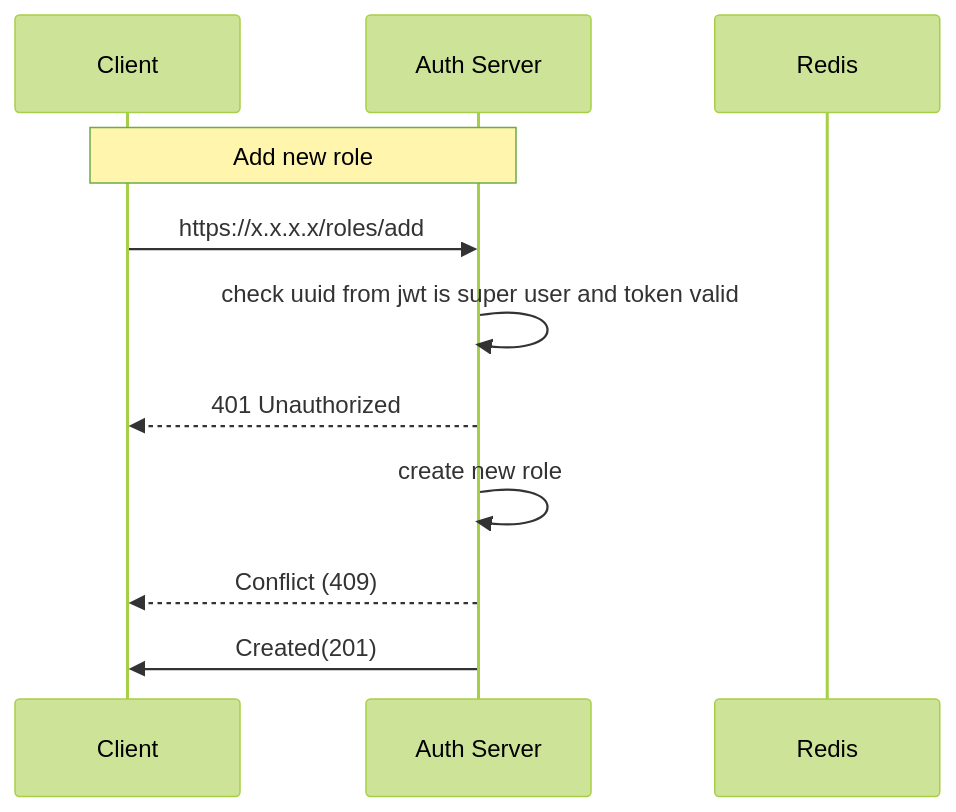
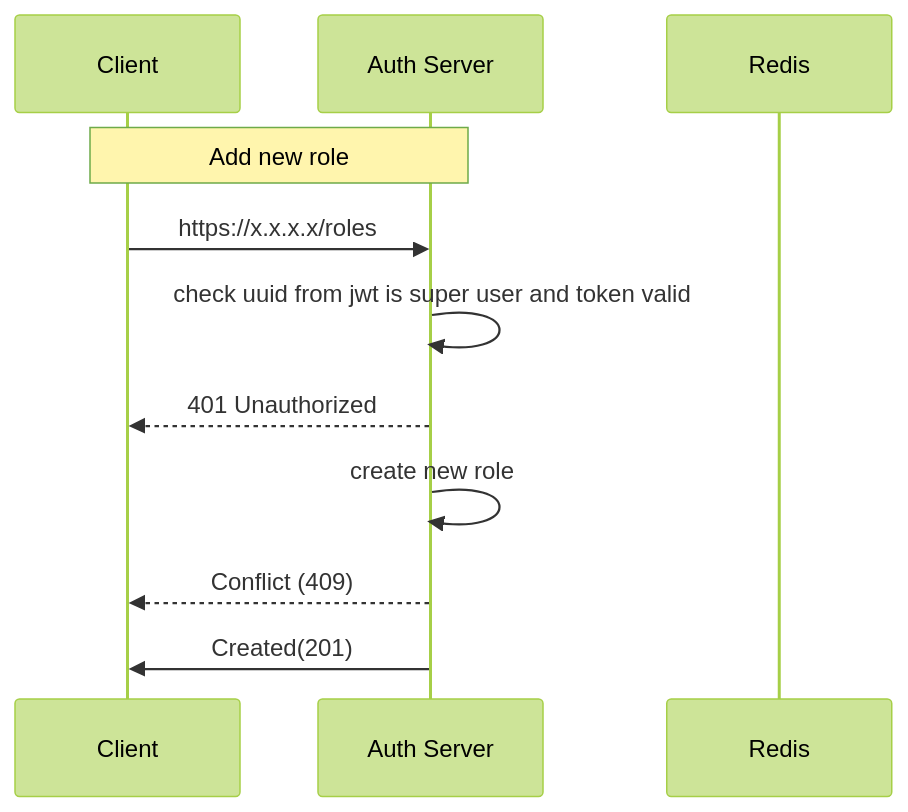
Before and after one commit to veselij/Auth_sprint_6_team_5: the diagram in Docs/2_roles/1_create_role.md, drawn with Mermaid (forest theme). The commit also changed other lines of this file and 11 other files, not shown here.

````diff
--- a/Docs/2_roles/1_create_role.md
+++ b/Docs/2_roles/1_create_role.md
@@ -1,15 +1,15 @@
 ```mermaid
 sequenceDiagram
     participant C as Client  
     participant S as Auth Server
     participant R as Redis
 
 	Note over C, S: Add new role
-	C->>S: https://x.x.x.x/roles/add
+	C->>S: https://x.x.x.x/roles
 	S->>S: check uuid from jwt is super user and token valid
 	S-->>C: 401 Unauthorized
 	S->>S: create new role
 	S-->>C: Conflict (409)
 	S->>C: Created(201)
 
 ```
````
